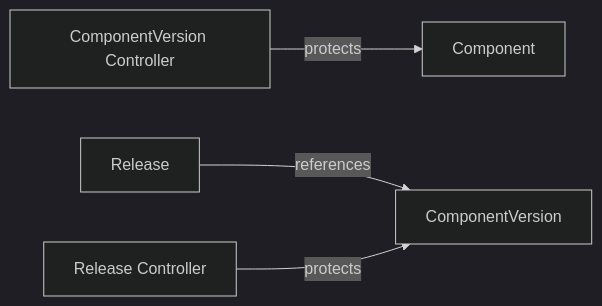
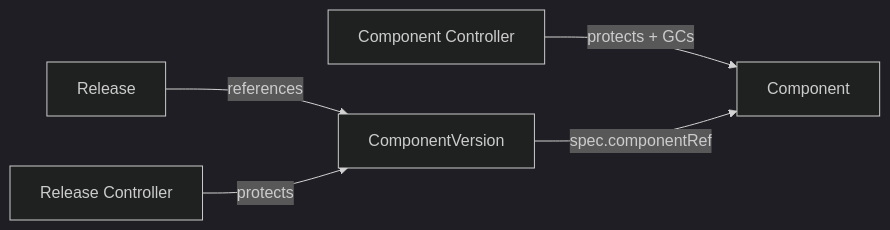
The second of 2 diagrams in docs/developer-guide/componentversion_controller.md (opendefensecloud/solution-arsenal), drawn with Mermaid (dark theme) before and after one commit. The commit also changed other lines of this file and 1 other file, not shown here.

Commit message:
docs: align CV controller and discovery docs with reconciler-owned lifecycle

````diff
--- a/docs/developer-guide/componentversion_controller.md
+++ b/docs/developer-guide/componentversion_controller.md
@@ -43,6 +39,7 @@
 ```mermaid
 flowchart LR
-    CVCtrl[ComponentVersion Controller] -->|protects| Component
+    CompCtrl[Component Controller] -->|protects + GCs| Component
+    ComponentVersion -->|spec.componentRef| Component
     Release -->|references| ComponentVersion
     ReleaseCtrl[Release Controller] -->|protects| ComponentVersion
 ```
````
